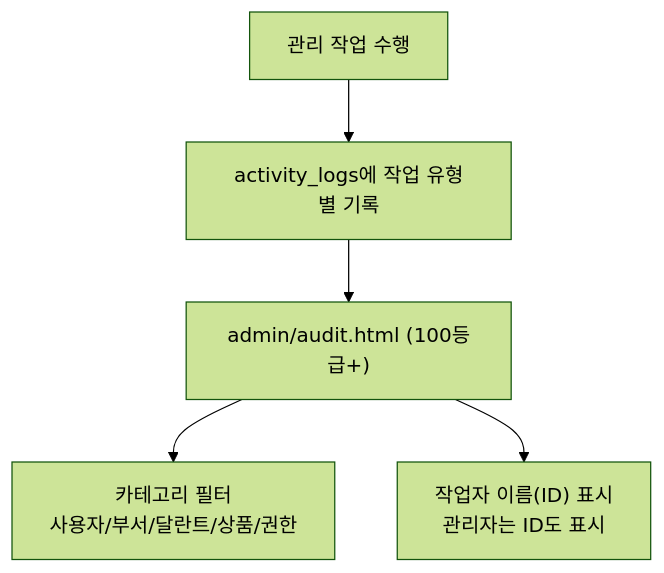
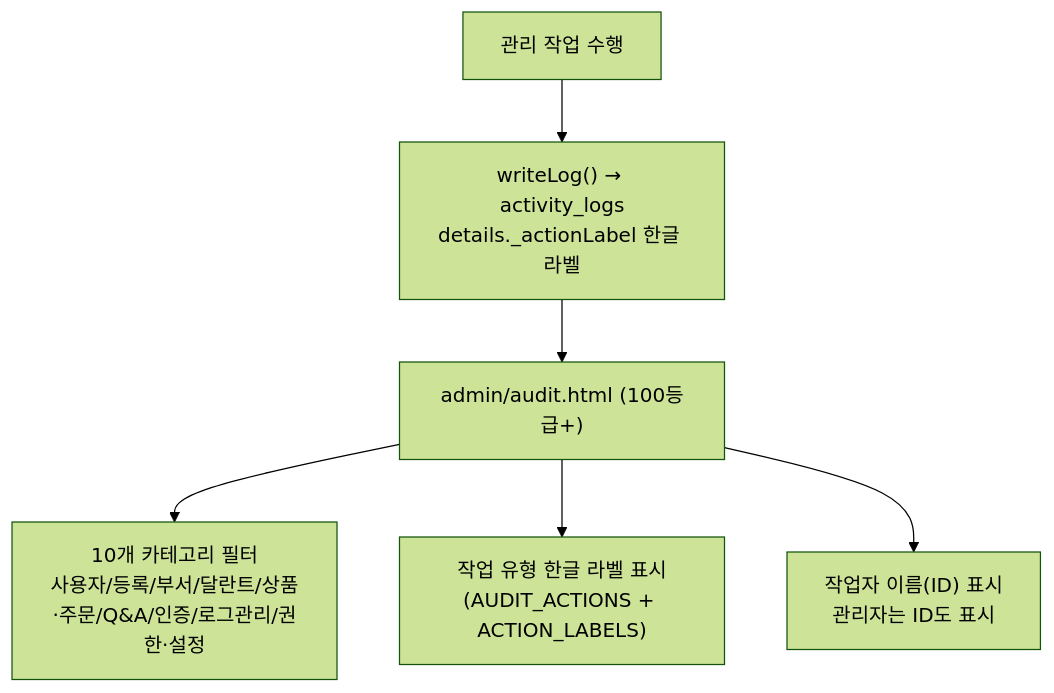
One commit to CHO-Talents/CHO-Talents changed diagram 11 of 12 in docs/PROJECT_ARCHITECTURE_FLOW.md. Above: the diagram before and after it, drawn with Mermaid (forest theme). The commit also changed other lines of this file and 39 other files, not shown here.

````diff
--- a/docs/PROJECT_ARCHITECTURE_FLOW.md
+++ b/docs/PROJECT_ARCHITECTURE_FLOW.md
@@ -371,7 +403,8 @@
 ```mermaid
 flowchart TD
-  AdminAction["관리 작업 수행"] --> AuditLog["activity_logs에 작업 유형별 기록"]
+  AdminAction["관리 작업 수행"] --> AuditLog["writeLog() → activity_logs<br/>details._actionLabel 한글 라벨"]
   AuditLog --> AuditPage["admin/audit.html (100등급+)"]
-  AuditPage --> CategoryFilter["카테고리 필터<br/>사용자/부서/달란트/상품/권한"]
+  AuditPage --> CategoryFilter["10개 카테고리 필터<br/>사용자/등록/부서/달란트/상품·주문/Q&A/인증/로그관리/권한·설정"]
+  AuditPage --> KoType["작업 유형 한글 라벨 표시<br/>(AUDIT_ACTIONS + ACTION_LABELS)"]
   AuditPage --> ActorInfo["작업자 이름(ID) 표시<br/>관리자는 ID도 표시"]
 ```
````
